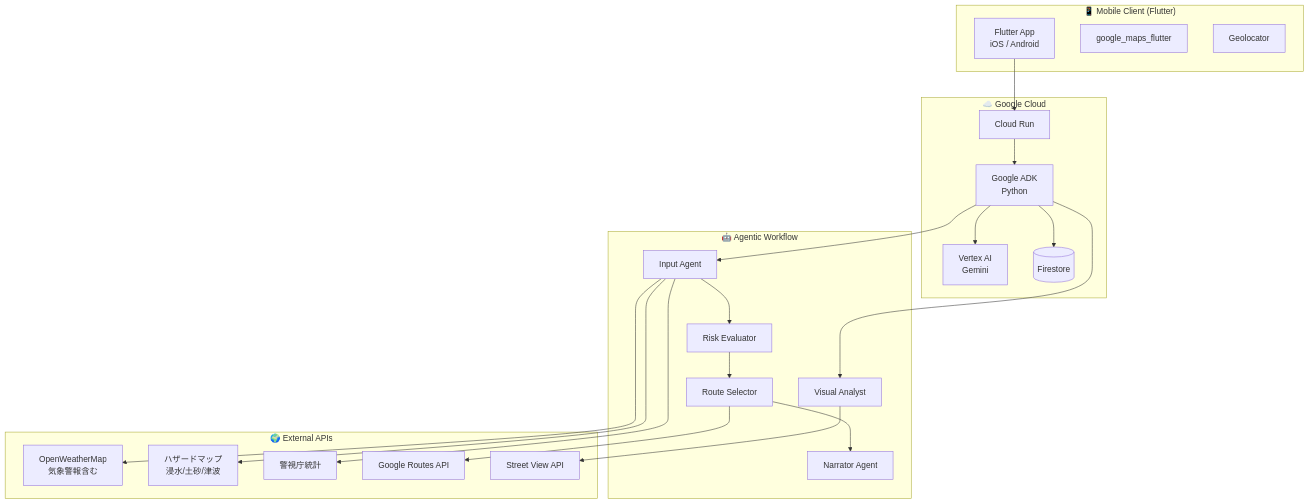
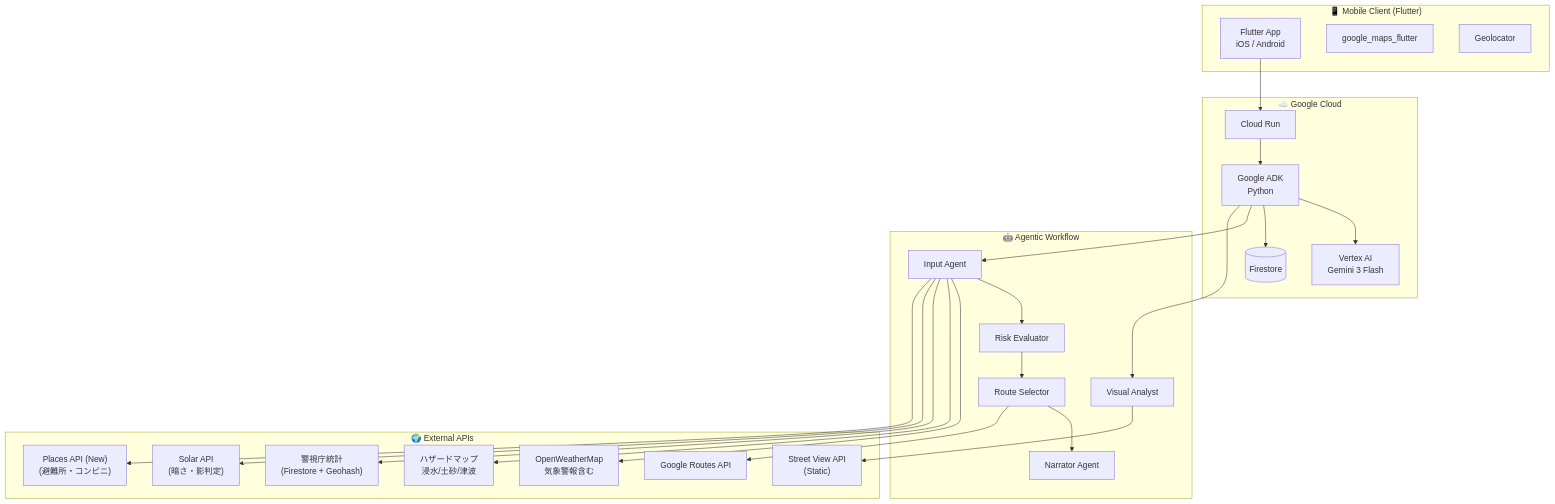
The diagram in Docs/確定/03_システムアーキテクチャ.md (Ryg-appdev/safe-routing-ai-navigation), drawn with Mermaid before and after one commit. The commit also changed 30 other files, not shown here.

````diff
--- a/Docs/確定/03_システムアーキテクチャ.md
+++ b/Docs/確定/03_システムアーキテクチャ.md
@@ -8,48 +8,52 @@
 ```mermaid
 flowchart TB
     subgraph Client["📱 Mobile Client (Flutter)"]
         Flutter["Flutter App<br/>iOS / Android"]
         MapsSDK["google_maps_flutter"]
         GPS["Geolocator"]
     end
 
     subgraph Backend["☁️ Google Cloud"]
         CloudRun["Cloud Run"]
         ADK["Google ADK<br/>Python"]
-        VertexAI["Vertex AI<br/>Gemini"]
+        VertexAI["Vertex AI<br/>Gemini 3 Flash"]
         Firestore[("Firestore")]
     end
 
     subgraph Agents["🤖 Agentic Workflow"]
         InputAgent["Input Agent"]
         RiskAgent["Risk Evaluator"]
         RouteAgent["Route Selector"]
         VisionAgent["Visual Analyst"]
         Narrator["Narrator Agent"]
     end
 
     subgraph APIs["🌍 External APIs"]
         WeatherAPI["OpenWeatherMap<br/>気象警報含む"]
         HazardAPI["ハザードマップ<br/>浸水/土砂/津波"]
-        PoliceData["警視庁統計"]
+        PoliceData["警視庁統計<br/>(Firestore + Geohash)"]
         RoutesAPI["Google Routes API"]
-        StreetView["Street View API"]
+        StreetView["Street View API<br/>(Static)"]
+        SolarAPI["Solar API<br/>(暗さ・影判定)"]
+        PlacesAPI["Places API (New)<br/>(避難所・コンビニ)"]
     end
 
     Flutter --> CloudRun
     CloudRun --> ADK
     ADK --> VertexAI
     ADK --> Firestore
     
     ADK --> InputAgent
     InputAgent --> RiskAgent
     RiskAgent --> RouteAgent
     RouteAgent --> Narrator
     ADK --> VisionAgent
 
     InputAgent --> WeatherAPI
     InputAgent --> HazardAPI
     InputAgent --> PoliceData
+    InputAgent --> SolarAPI
+    InputAgent --> PlacesAPI
     RouteAgent --> RoutesAPI
     VisionAgent --> StreetView
 ```
````
